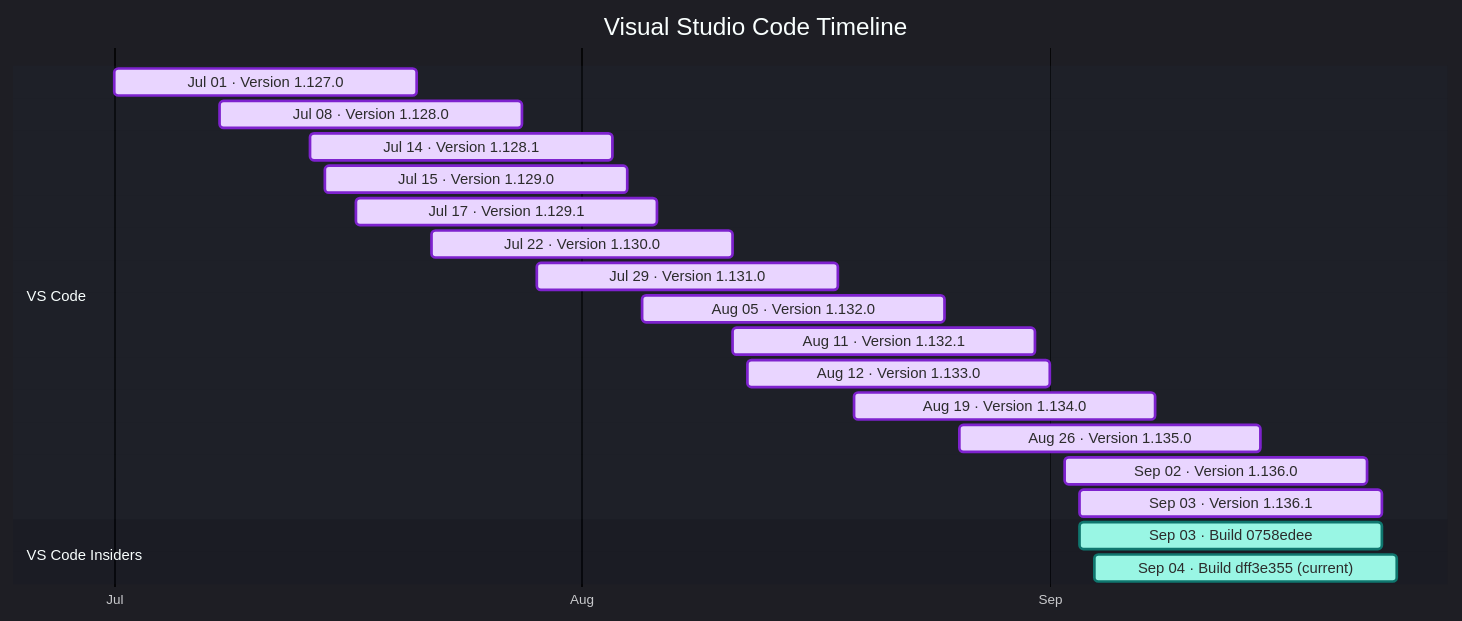
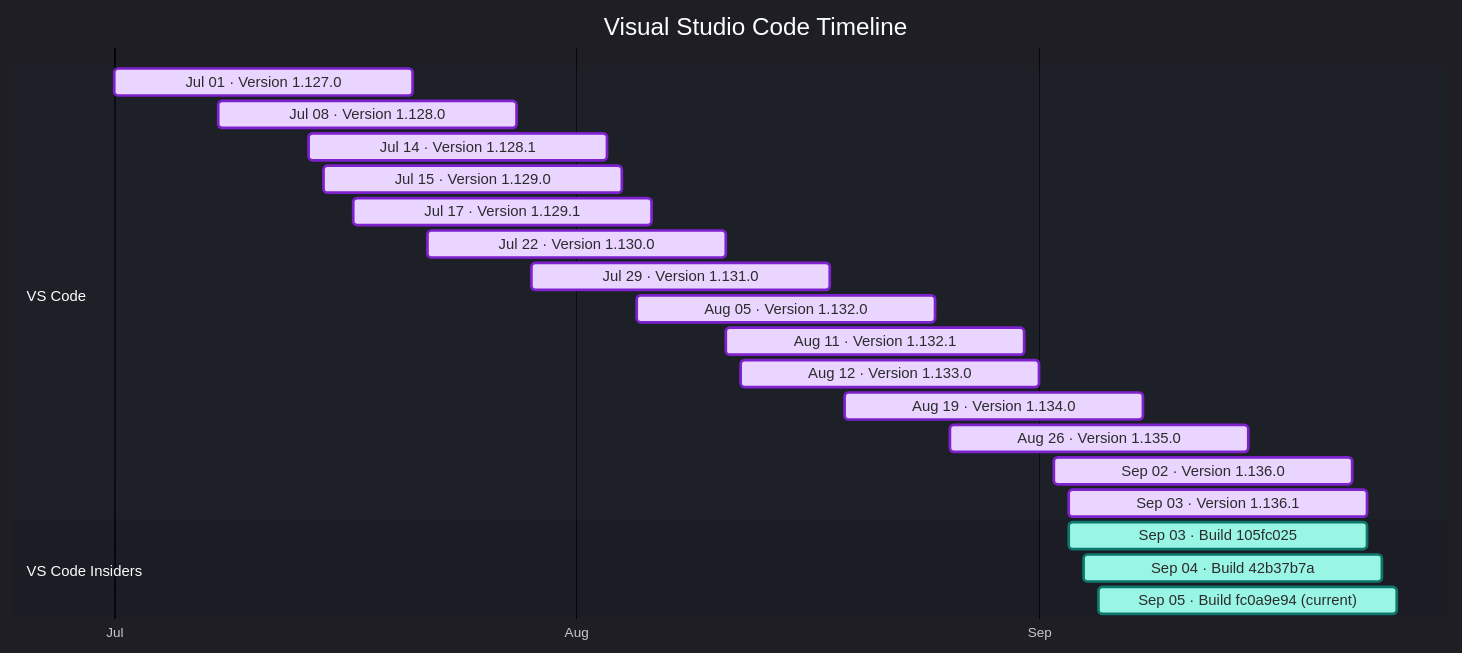
Before and after one commit to Oxelya-DevTools/VisualStudioUpdate: the diagram in docs/vscode.md, drawn with Mermaid. The commit also changed other lines of this file and 1 other file, not shown here.

````diff
--- a/docs/vscode.md
+++ b/docs/vscode.md
@@ -9,26 +9,27 @@
 ```mermaid
 %%{init: {'theme':'dark','themeVariables': { 'fontFamily': 'Segoe UI', 'fontSize': '24px', 'textColor': '#F3F4F6', 'titleTextColor': '#FFFFFF', 'taskTextColor': '#111827', 'taskTextLightColor': '#111827', 'taskTextOutsideColor': '#F3F4F6', 'taskBkgColor': '#BAE6FD', 'taskBorderColor': '#0369A1', 'doneTaskBkgColor': '#E9D5FF', 'doneTaskBorderColor': '#7E22CE', 'activeTaskBkgColor': '#99F6E4', 'activeTaskBorderColor': '#0F766E', 'critTaskBkgColor': '#FED7AA', 'critTaskBorderColor': '#C2410C', 'sectionBkgColor': '#1F2937', 'altSectionBkgColor': '#111827', 'gridColor': '#4B5563', 'todayLineColor': '#F87171' }}}%%
 gantt
     title Visual Studio Code Timeline
     dateFormat  YYYY-MM-DD
     axisFormat  %b
     tickInterval 1month
     section VS Code
     Jul 01 · Version 1.127.0 : done, vscode202607010, 2026-07-01, 20d
     Jul 08 · Version 1.128.0 : done, vscode202607081, 2026-07-08, 20d
     Jul 14 · Version 1.128.1 : done, vscode202607142, 2026-07-14, 20d
     Jul 15 · Version 1.129.0 : done, vscode202607153, 2026-07-15, 20d
     Jul 17 · Version 1.129.1 : done, vscode202607174, 2026-07-17, 20d
     Jul 22 · Version 1.130.0 : done, vscode202607225, 2026-07-22, 20d
     Jul 29 · Version 1.131.0 : done, vscode202607296, 2026-07-29, 20d
     Aug 05 · Version 1.132.0 : done, vscode202608057, 2026-08-05, 20d
     Aug 11 · Version 1.132.1 : done, vscode202608118, 2026-08-11, 20d
     Aug 12 · Version 1.133.0 : done, vscode202608129, 2026-08-12, 20d
     Aug 19 · Version 1.134.0 : done, vscode2026081910, 2026-08-19, 20d
     Aug 26 · Version 1.135.0 : done, vscode2026082611, 2026-08-26, 20d
     Sep 02 · Version 1.136.0 : done, vscode2026090212, 2026-09-02, 20d
     Sep 03 · Version 1.136.1 : done, vscode2026090313, 2026-09-03, 20d
     section VS Code Insiders
-    Sep 03 · Build 0758edee : active, vscodeinsiders202609030, 2026-09-03, 20d
-    Sep 04 · Build dff3e355 (current) : active, vscodeinsiders202609041, 2026-09-04, 20d
+    Sep 03 · Build 105fc025 : active, vscodeinsiders202609030, 2026-09-03, 20d
+    Sep 04 · Build 42b37b7a : active, vscodeinsiders202609041, 2026-09-04, 20d
+    Sep 05 · Build fc0a9e94 (current) : active, vscodeinsiders202609052, 2026-09-05, 20d
 ```
````
